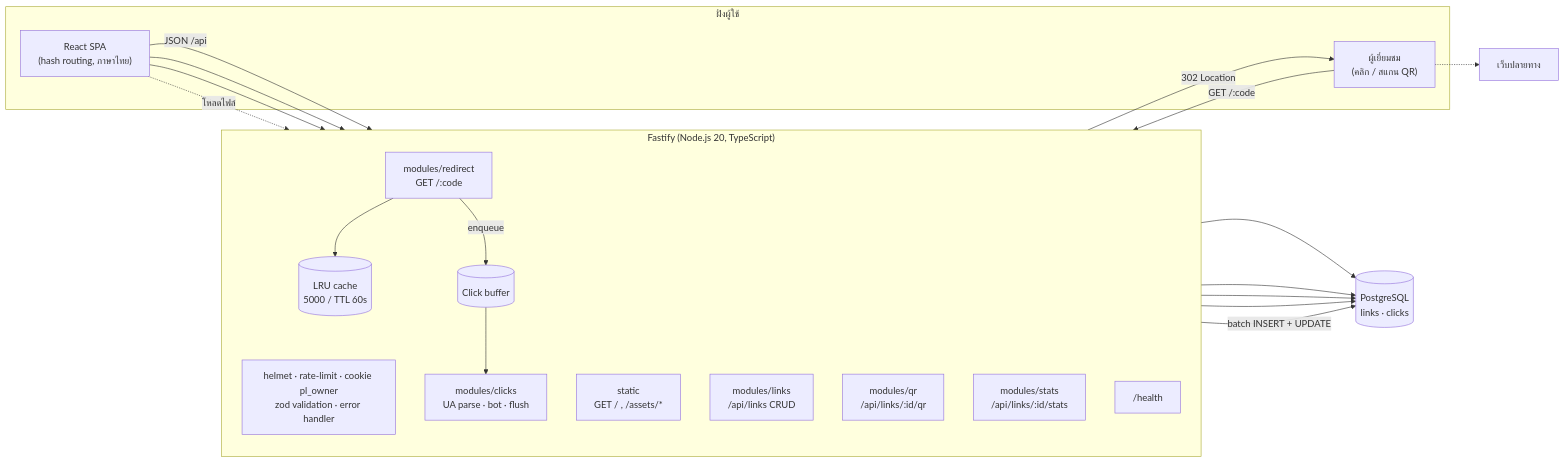
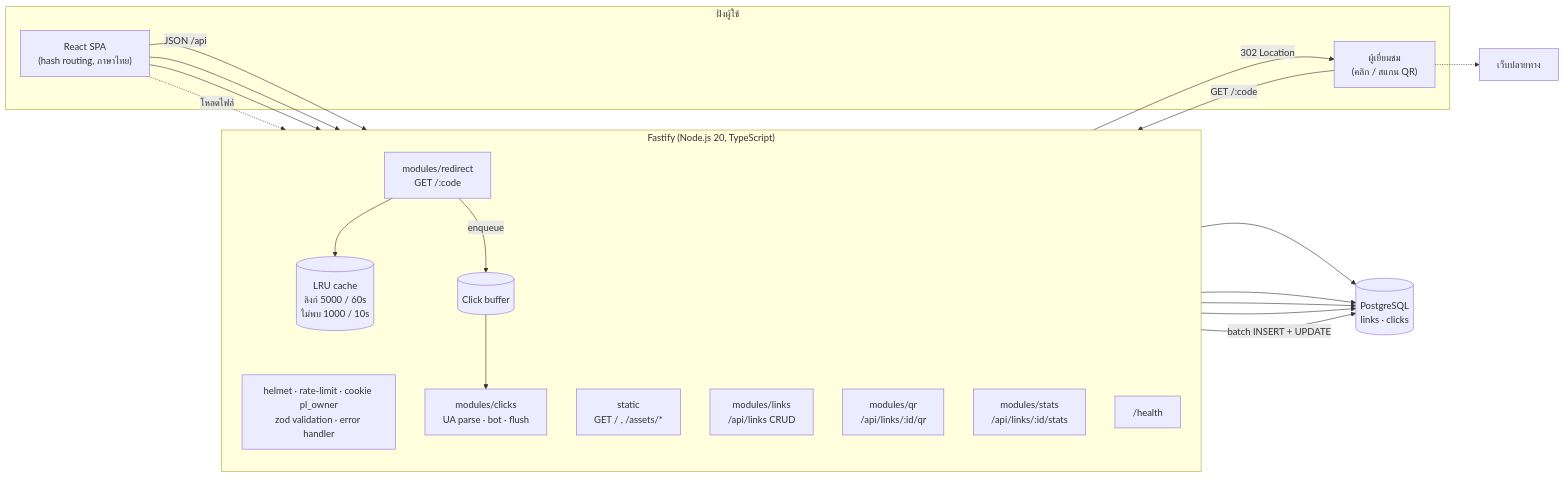
The first of 4 diagrams in docs/ARCHITECTURE.md (thirawat-khunsi/pulse-link), drawn with Mermaid before and after one commit. The commit also changed other lines of this file and 9 other files, not shown here.

````diff
--- a/docs/ARCHITECTURE.md
+++ b/docs/ARCHITECTURE.md
@@ -8,40 +8,40 @@
 ```mermaid
 flowchart LR
     subgraph Client["ฝั่งผู้ใช้"]
         SPA["React SPA<br/>(hash routing, ภาษาไทย)"]
         Visitor["ผู้เยี่ยมชม<br/>(คลิก / สแกน QR)"]
     end
 
     subgraph App["Fastify (Node.js 20, TypeScript)"]
         direction TB
         Plugins["helmet · rate-limit · cookie pl_owner<br/>zod validation · error handler"]
         Static["static<br/>GET / , /assets/*"]
         Links["modules/links<br/>/api/links CRUD"]
         QR["modules/qr<br/>/api/links/:id/qr"]
         Stats["modules/stats<br/>/api/links/:id/stats"]
         Redirect["modules/redirect<br/>GET /:code"]
-        Cache[("LRU cache<br/>5000 / TTL 60s")]
+        Cache[("LRU cache<br/>ลิงก์ 5000 / 60s<br/>ไม่พบ 1000 / 10s")]
         Buffer[("Click buffer")]
         Clicks["modules/clicks<br/>UA parse · bot · flush"]
         Health["/health"]
     end
 
     PG[("PostgreSQL<br/>links · clicks")]
     Dest["เว็บปลายทาง"]
 
     SPA -- "JSON /api" --> Links
     SPA --> QR
     SPA --> Stats
     SPA -. "โหลดไฟล์" .-> Static
     Visitor -- "GET /:code" --> Redirect
     Redirect --> Cache
     Redirect -- "302 Location" --> Visitor
     Visitor -.-> Dest
     Redirect -- "enqueue" --> Buffer
     Buffer --> Clicks
     Links --> PG
     QR --> PG
     Stats --> PG
     Redirect --> PG
     Clicks -- "batch INSERT + UPDATE" --> PG
 ```
````
